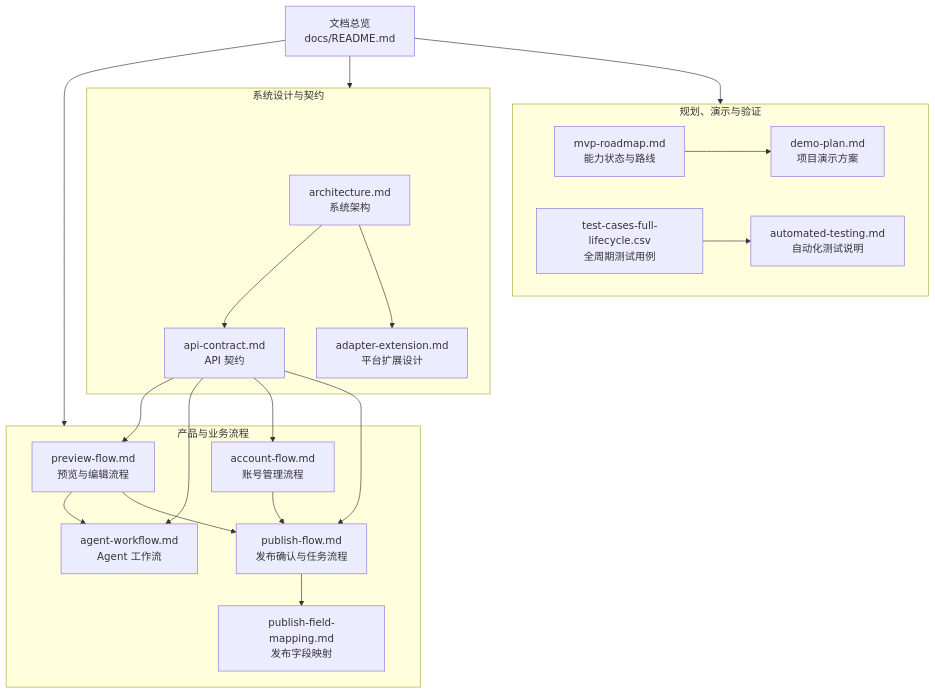
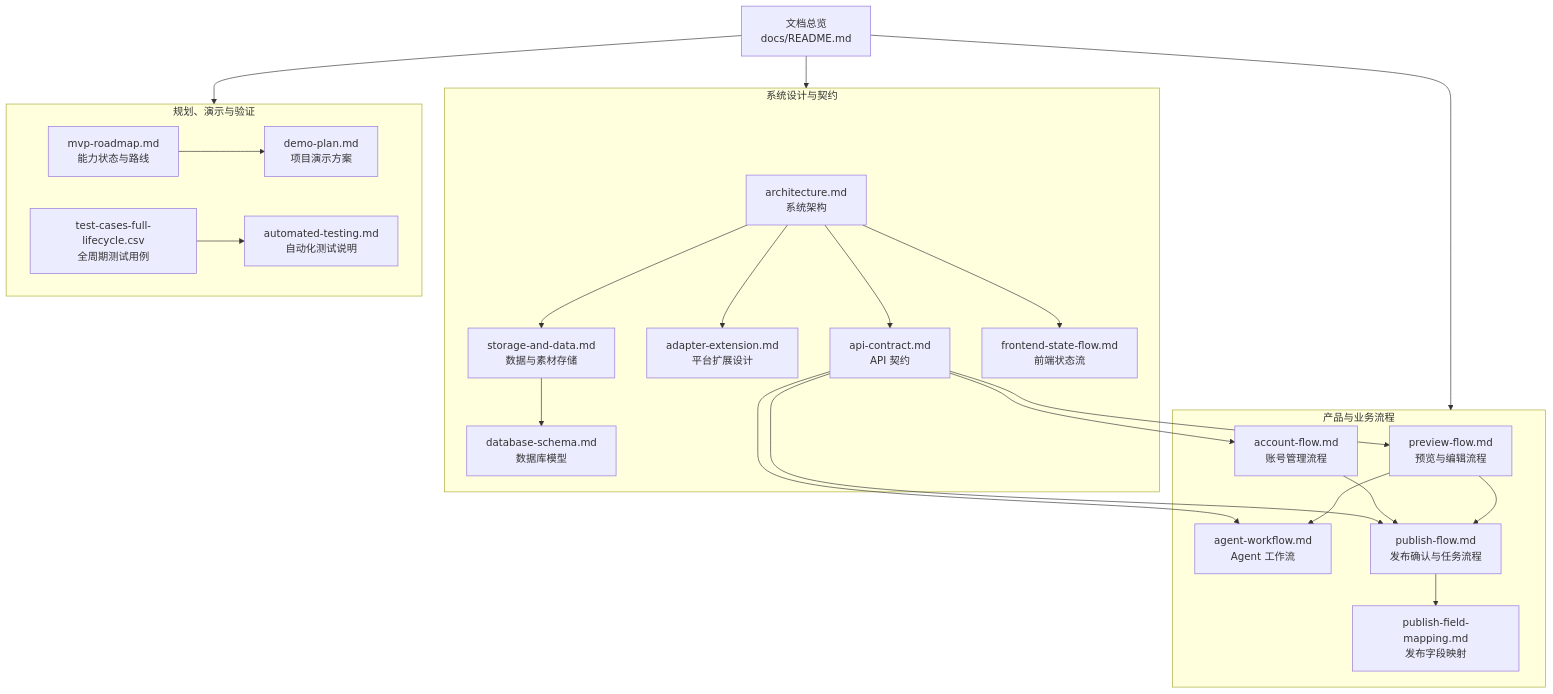
Before and after one commit to Amadeus9Q/Auto_Upt: the second of 2 diagrams in docs/README.md, drawn with Mermaid. The commit also changed other lines of this file and 5 other files, not shown here.

````diff
--- a/docs/README.md
+++ b/docs/README.md
@@ -39,42 +39,48 @@
 ```mermaid
 flowchart TB
     Overview["文档总览<br/>docs/README.md"]
 
     subgraph Product["产品与业务流程"]
         PreviewFlow["preview-flow.md<br/>预览与编辑流程"]
         AgentFlow["agent-workflow.md<br/>Agent 工作流"]
         AccountFlow["account-flow.md<br/>账号管理流程"]
         PublishFlow["publish-flow.md<br/>发布确认与任务流程"]
         FieldMap["publish-field-mapping.md<br/>发布字段映射"]
     end
 
     subgraph Design["系统设计与契约"]
         Architecture["architecture.md<br/>系统架构"]
         API["api-contract.md<br/>API 契约"]
         Adapter["adapter-extension.md<br/>平台扩展设计"]
+        Storage["storage-and-data.md<br/>数据与素材存储"]
+        Database["database-schema.md<br/>数据库模型"]
+        FrontendState["frontend-state-flow.md<br/>前端状态流"]
     end
 
     subgraph Delivery["规划、演示与验证"]
         Roadmap["mvp-roadmap.md<br/>能力状态与路线"]
         Demo["demo-plan.md<br/>项目演示方案"]
         AutoTest["automated-testing.md<br/>自动化测试说明"]
         Cases["test-cases-full-lifecycle.csv<br/>全周期测试用例"]
     end
 
     Overview --> Product
     Overview --> Design
     Overview --> Delivery
 
     Architecture --> API
     Architecture --> Adapter
+    Architecture --> Storage
+    Architecture --> FrontendState
+    Storage --> Database
     PreviewFlow --> AgentFlow
     PreviewFlow --> PublishFlow
     AccountFlow --> PublishFlow
     PublishFlow --> FieldMap
     API --> PreviewFlow
     API --> AgentFlow
     API --> AccountFlow
     API --> PublishFlow
     Roadmap --> Demo
     Cases --> AutoTest
 ```
````
